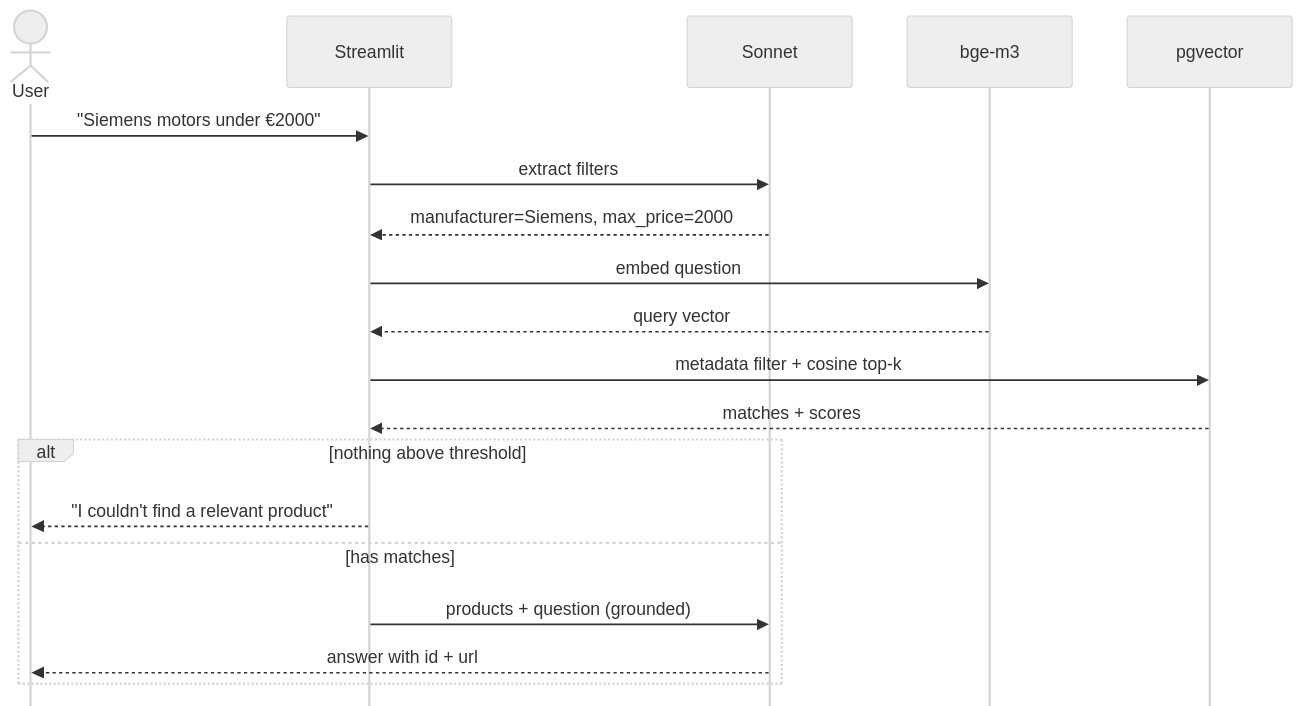
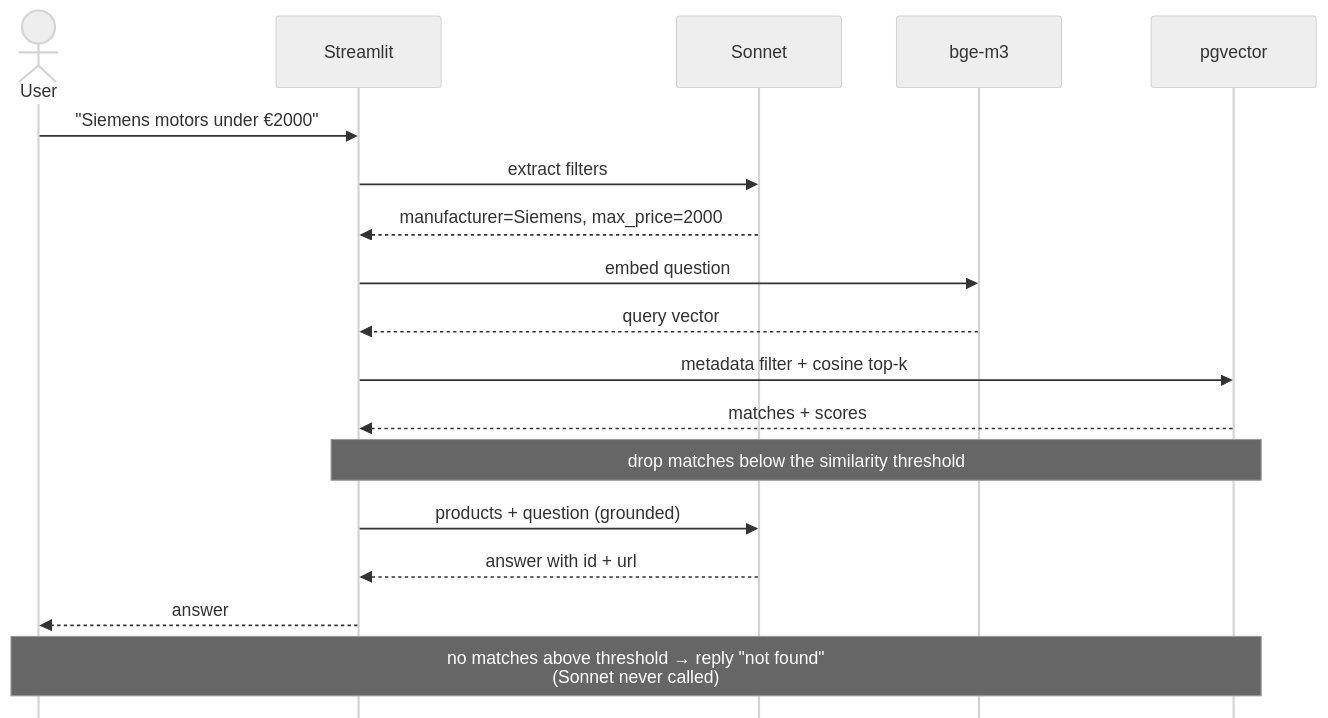
One commit to utkucatal/industrial-rag changed the second of 2 diagrams in README.md. Above: the diagram before and after it, drawn with Mermaid (neutral theme).

````diff
--- a/README.md
+++ b/README.md
@@ -68,23 +68,22 @@
 ```mermaid
 %%{init: {'sequence': {'mirrorActors': false}}}%%
 sequenceDiagram
     actor U as User
     participant App as Streamlit
     participant LLM as Sonnet
     participant Emb as bge-m3
     participant DB as pgvector
 
     U->>App: "Siemens motors under €2000"
     App->>LLM: extract filters
     LLM-->>App: manufacturer=Siemens, max_price=2000
     App->>Emb: embed question
     Emb-->>App: query vector
     App->>DB: metadata filter + cosine top-k
     DB-->>App: matches + scores
-    alt nothing above threshold
-        App-->>U: "I couldn't find a relevant product"
-    else has matches
-        App->>LLM: products + question (grounded)
-        LLM-->>U: answer with id + url
-    end
+    Note over App,DB: drop matches below the similarity threshold
+    App->>LLM: products + question (grounded)
+    LLM-->>App: answer with id + url
+    App-->>U: answer
+    Note over U,DB: no matches above threshold → reply "not found"<br/>(Sonnet never called)
 ```
````
